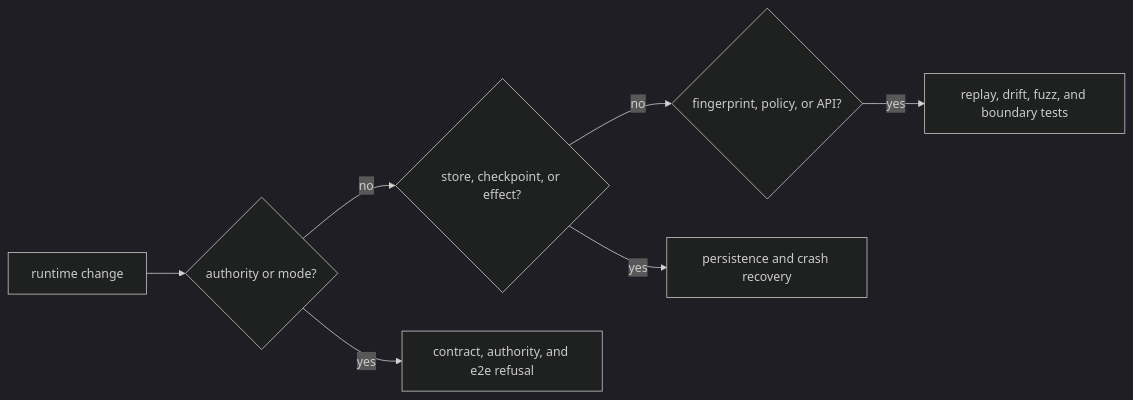
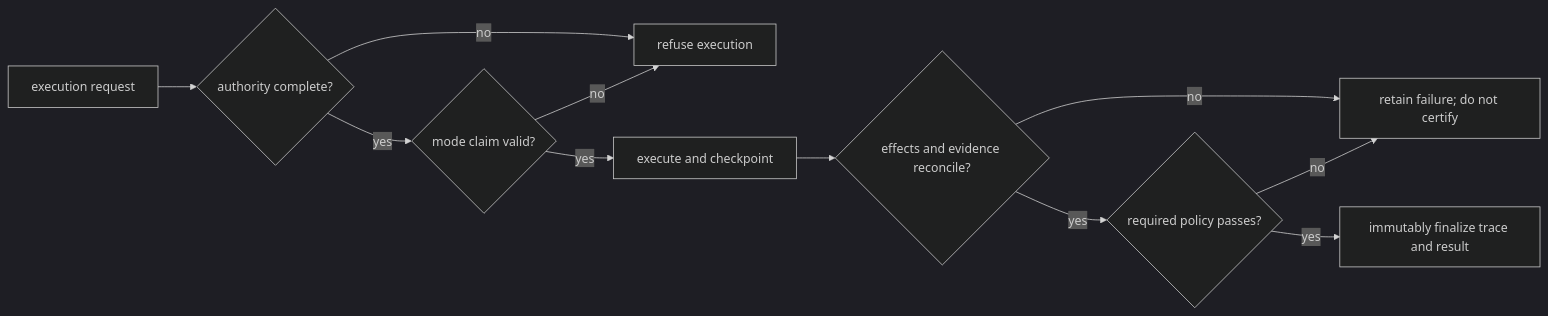
Before and after one commit to bijux/bijux-canon: the second of 2 diagrams in docs/06-bijux-canon-runtime/quality/risk-register.md, drawn with Mermaid (dark theme). The commit also changed other lines of this file and 1 other file, not shown here.

Commit message:
docs(runtime): define authority limits and risks

````diff
--- a/docs/06-bijux-canon-runtime/quality/risk-register.md
+++ b/docs/06-bijux-canon-runtime/quality/risk-register.md
@@ -53,17 +54,13 @@
 ```mermaid
 flowchart LR
-    change["runtime change"]
-    authority{"authority or mode?"}
-    state{"store, checkpoint, or effect?"}
-    replay{"fingerprint, policy, or API?"}
-    policy["contract, authority, and e2e refusal"]
-    recovery["persistence and crash recovery"]
-    verdict["replay, drift, fuzz, and boundary tests"]
-
-    change --> authority
-    authority -->|yes| policy
-    authority -->|no| state
-    state -->|yes| recovery
-    state -->|no| replay
-    replay -->|yes| verdict
+    request["execution request"] --> authority{"authority complete?"}
+    authority -->|no| refuse["refuse execution"]
+    authority -->|yes| mode{"mode claim valid?"}
+    mode -->|no| refuse
+    mode -->|yes| execute["execute and checkpoint"]
+    execute --> reconcile{"effects and evidence reconcile?"}
+    reconcile -->|no| fail["retain failure; do not certify"]
+    reconcile -->|yes| verify{"required policy passes?"}
+    verify -->|no| fail
+    verify -->|yes| finalize["immutably finalize trace and result"]
 ```
````
